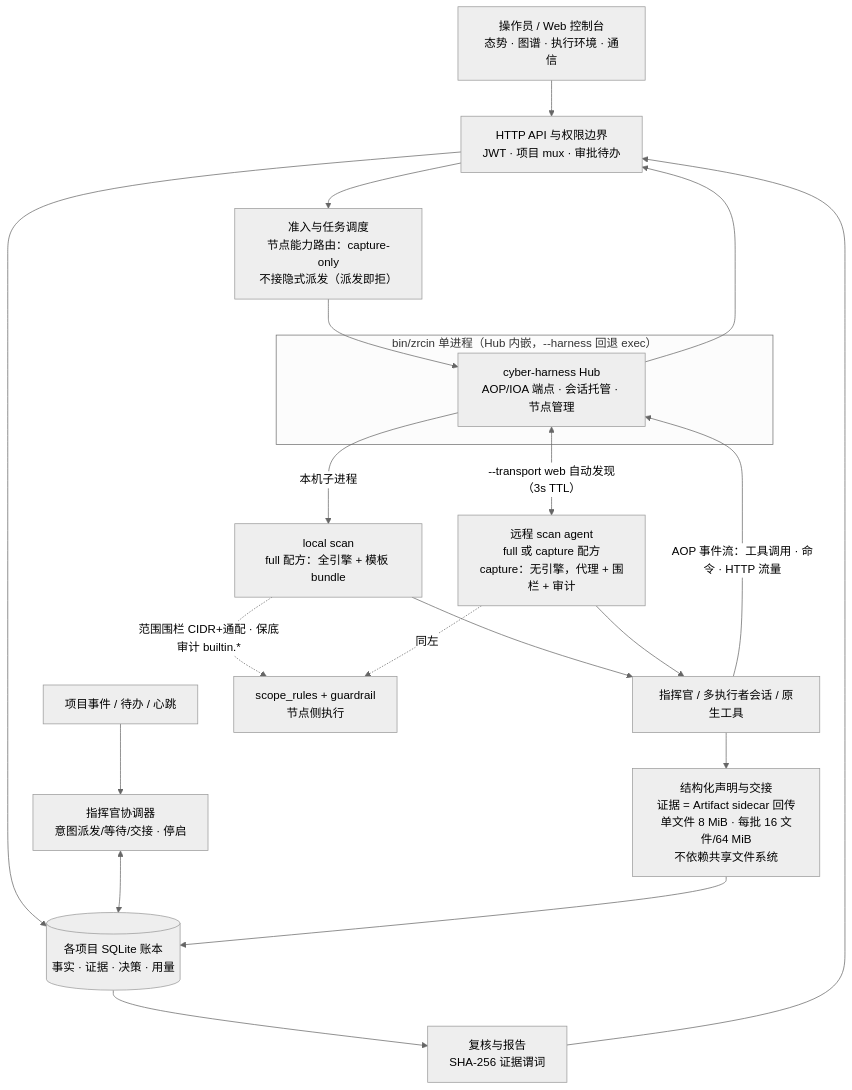
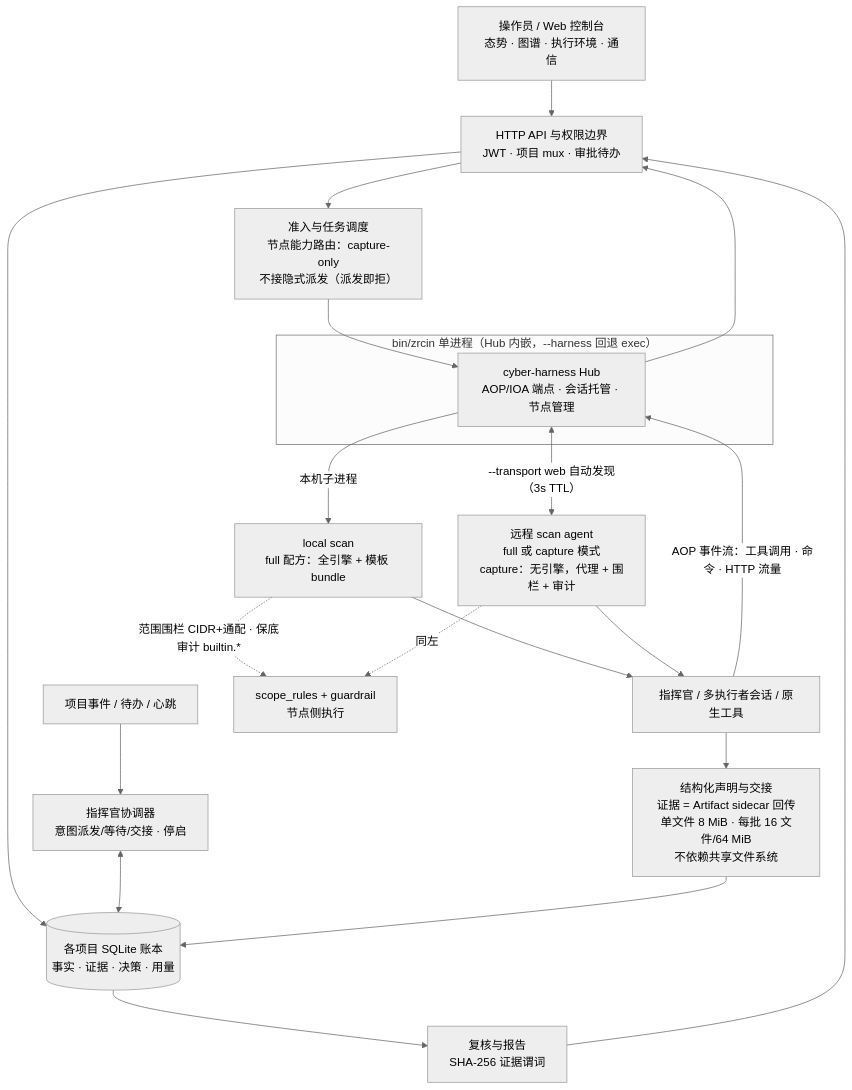
Before and after one commit to c1ayooo/4zrcin: the diagram in docs/01-architecture.md, drawn with Mermaid (neutral theme). The commit also changed other lines of this file and 5 other files, not shown here.

First line of the commit message:
docs: capture deployment is scan plus --capture-only

````diff
--- a/docs/01-architecture.md
+++ b/docs/01-architecture.md
@@ -31,24 +31,24 @@
 ```mermaid
 flowchart TD
     UI[操作员 / Web 控制台<br/>态势 · 图谱 · 执行环境 · 通信] --> API[HTTP API 与权限边界<br/>JWT · 项目 mux · 审批待办]
     API --> Ledger[(各项目 SQLite 账本<br/>事实 · 证据 · 决策 · 用量)]
     API --> Dispatcher[准入与任务调度<br/>节点能力路由：capture-only<br/>不接隐式派发（派发即拒）]
     Events[项目事件 / 待办 / 心跳] --> Commander[指挥官协调器<br/>意图派发/等待/交接 · 停启]
     Commander <--> Ledger
     subgraph ZRCIN["bin/zrcin 单进程（Hub 内嵌，--harness 回退 exec）"]
       Harness[cyber-harness Hub<br/>AOP/IOA 端点 · 会话托管 · 节点管理]
     end
     Dispatcher --> Harness
     Harness -->|"本机子进程"| Local["local scan<br/>full 配方：全引擎 + 模板 bundle"]
-    Harness <-->|"--transport web 自动发现（3s TTL）"| Remote["远程 scan agent<br/>full 或 capture 配方<br/>capture：无引擎，代理 + 围栏 + 审计"]
+    Harness <-->|"--transport web 自动发现（3s TTL）"| Remote["远程 scan agent<br/>full 或 capture 模式<br/>capture：无引擎，代理 + 围栏 + 审计"]
     Local --> Worker[指挥官 / 多执行者会话 / 原生工具]
     Remote --> Worker
     Worker -->|"AOP 事件流：工具调用 · 命令 · HTTP 流量"| Harness
     Harness --> API
     Worker --> Handoff[结构化声明与交接<br/>证据 = Artifact sidecar 回传<br/>单文件 8 MiB · 每批 16 文件/64 MiB<br/>不依赖共享文件系统]
     Handoff --> Ledger
     Local -.->|范围围栏 CIDR+通配 · 保底审计 builtin.*| Fence[scope_rules + guardrail<br/>节点侧执行]
     Remote -.->|同左| Fence
     Ledger --> Review[复核与报告<br/>SHA-256 证据谓词]
     Review --> API
 ```
````
